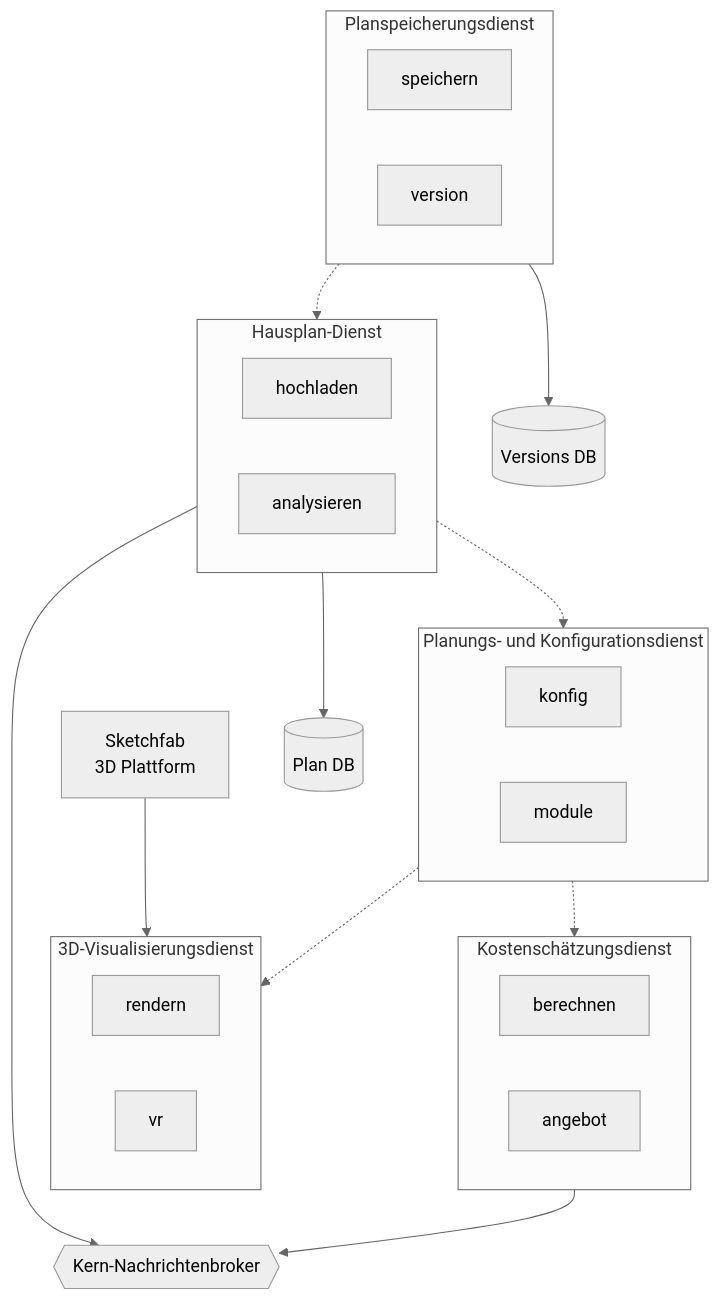
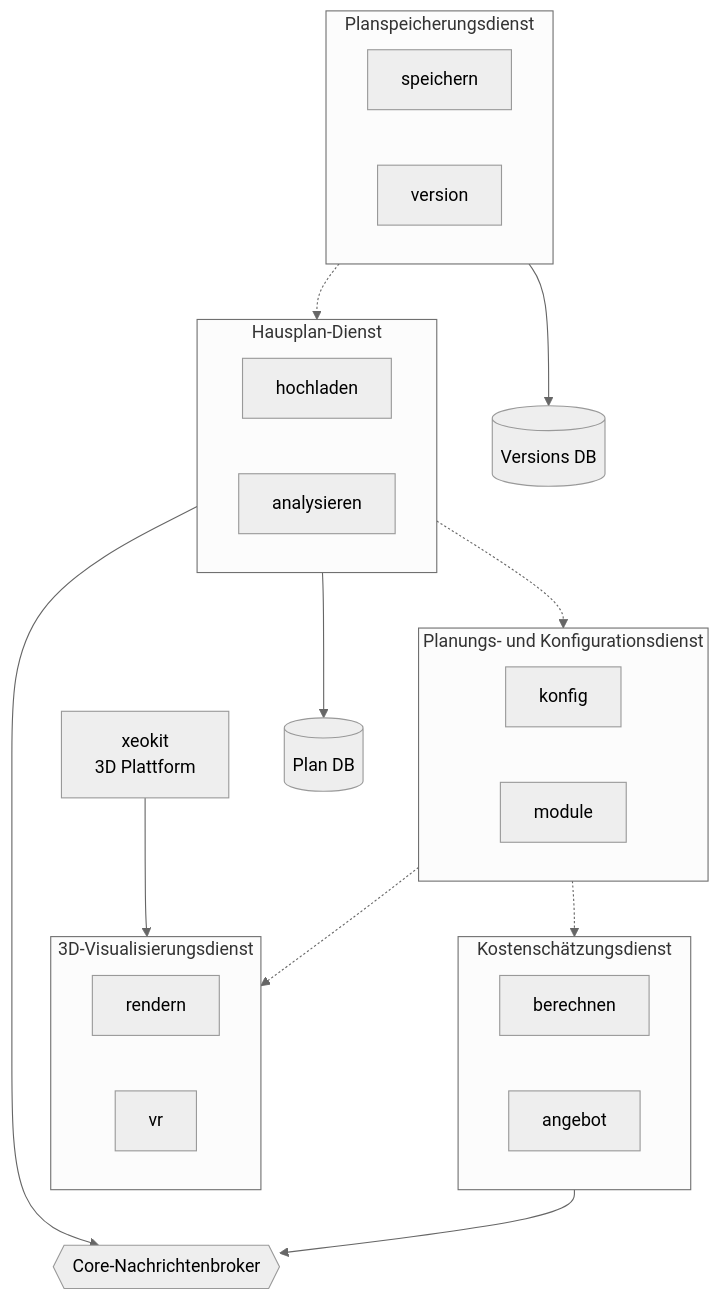
One commit to pressla/architecture changed the diagram in docs/core-services.md. Above: the diagram before and after it, drawn with Mermaid (neutral theme). The commit also changed 4 other files, not shown here.

````diff
--- a/docs/core-services.md
+++ b/docs/core-services.md
@@ -8,50 +8,50 @@
 ```mermaid
 graph TB
     %% Externe Systeme
-    Sketchfab["Sketchfab<br/>3D Plattform"]
+    Sketchfab["xeokit<br/>3D Plattform"]
     style Sketchfab fill:#lightgray,stroke:#gray
 
     %% Kerndienste
     subgraph planService["Hausplan-Dienst"]
         planUpload["hochladen"]
         planAnalyze["analysieren"]
     end
 
     subgraph configService["Planungs- und Konfigurationsdienst"]
         configPort["konfig"]
         modulesPort["module"]
     end
 
     subgraph vizService["3D-Visualisierungsdienst"]
         renderPort["rendern"]
         vrPort["vr"]
     end
 
     subgraph costService["Kostenschätzungsdienst"]
         calcPort["berechnen"]
         offerPort["angebot"]
     end
 
     subgraph storageService["Planspeicherungsdienst"]
         storePort["speichern"]
         versionPort["version"]
     end
 
     %% Infrastrukturkomponenten
     planDB[(Plan DB)]
     versionDB[(Versions DB)]
-    coreBroker{{"Kern-Nachrichtenbroker"}}
+    coreBroker{{"Core-Nachrichtenbroker"}}
 
     %% Verbindungen
     Sketchfab --> vizService
     planService --> planDB
     storageService --> versionDB
     planService --> coreBroker
     costService --> coreBroker
 
     %% Dienst-Interaktionen
     planService -.-> configService
     configService -.-> vizService
     configService -.-> costService
     storageService -.-> planService
 ```
````
